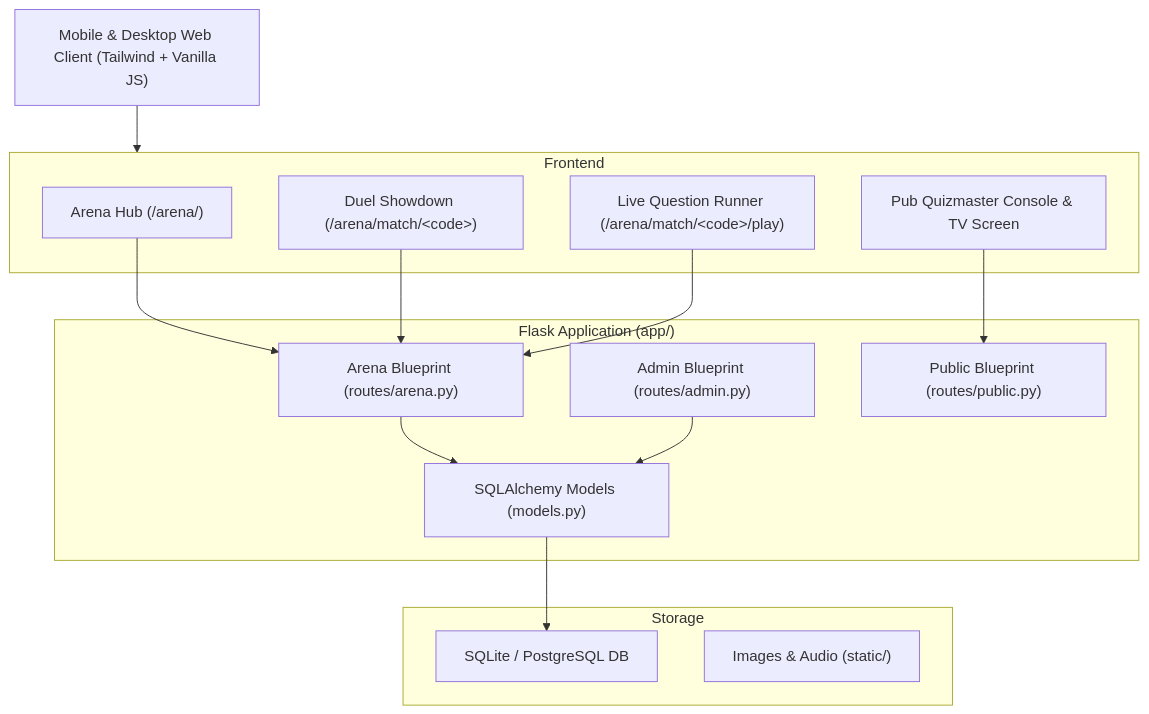
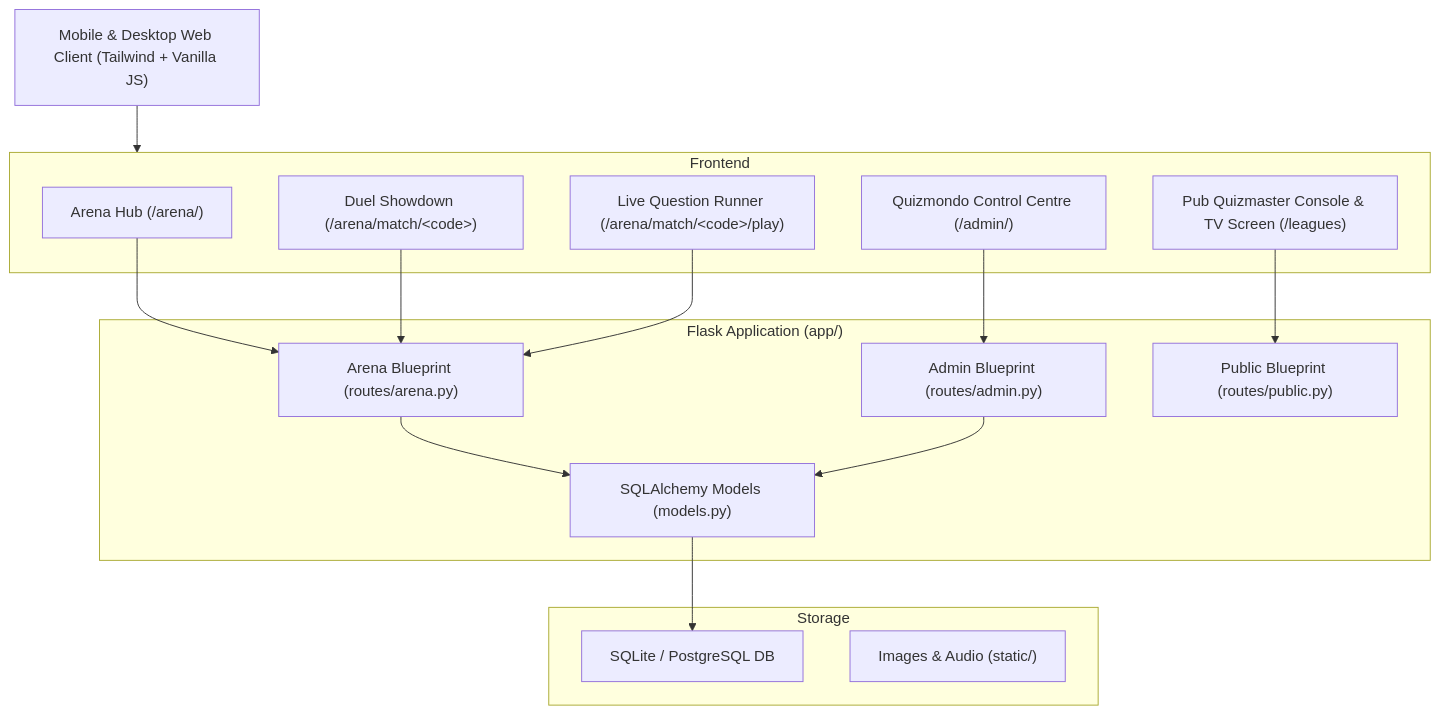
The diagram in PROJECT_CHANGELOG.md (trluk2018-sudo/Quizmondo), drawn with Mermaid before and after one commit. The commit also changed other lines of this file, not shown here.

````diff
--- a/PROJECT_CHANGELOG.md
+++ b/PROJECT_CHANGELOG.md
@@ -22,29 +23,31 @@
 ```mermaid
 flowchart TD
     Client["Mobile & Desktop Web Client (Tailwind + Vanilla JS)"]
     subgraph Frontend
         Lobby["Arena Hub (/arena/)"]
         Match["Duel Showdown (/arena/match/&lt;code&gt;)"]
         Play["Live Question Runner (/arena/match/&lt;code&gt;/play)"]
-        PubQuiz["Pub Quizmaster Console & TV Screen"]
+        PubQuiz["Pub Quizmaster Console & TV Screen (/leagues)"]
+        AdminUI["Quizmondo Control Centre (/admin/)"]
     end
     subgraph Backend ["Flask Application (app/)"]
         ArenaBP["Arena Blueprint (routes/arena.py)"]
         AdminBP["Admin Blueprint (routes/admin.py)"]
         PublicBP["Public Blueprint (routes/public.py)"]
         Models["SQLAlchemy Models (models.py)"]
     end
     subgraph Storage
         SQLite["SQLite / PostgreSQL DB"]
         StaticAssets["Images & Audio (static/)"]
     end
 
     Client --> Frontend
     Lobby --> ArenaBP
     Match --> ArenaBP
     Play --> ArenaBP
     PubQuiz --> PublicBP
+    AdminUI --> AdminBP
     ArenaBP --> Models
     AdminBP --> Models
     Models --> SQLite
 ```
````
